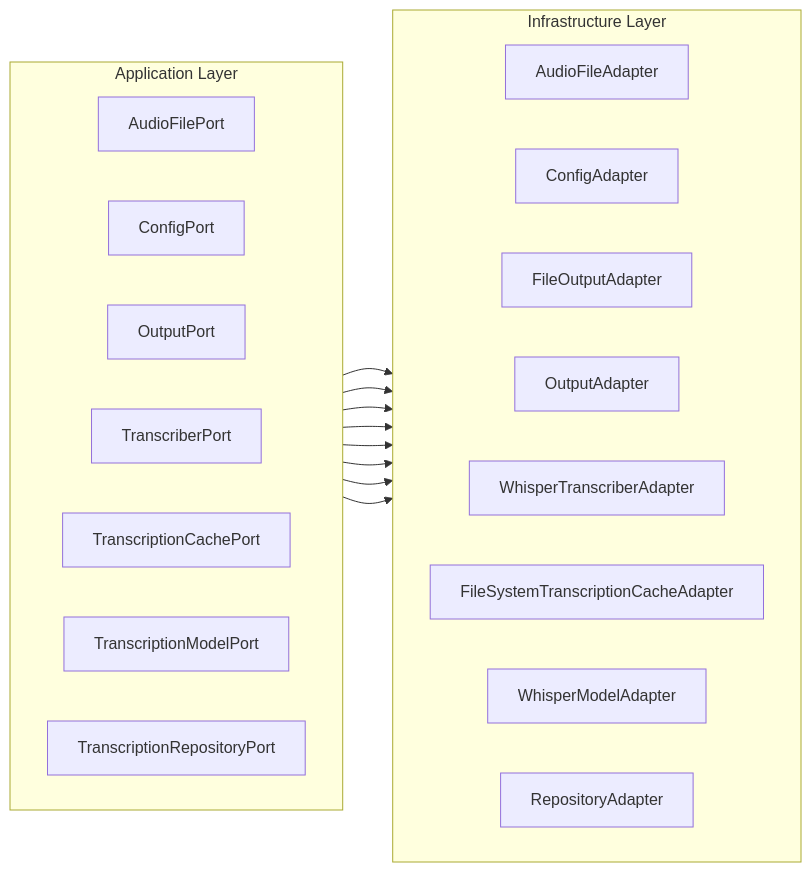
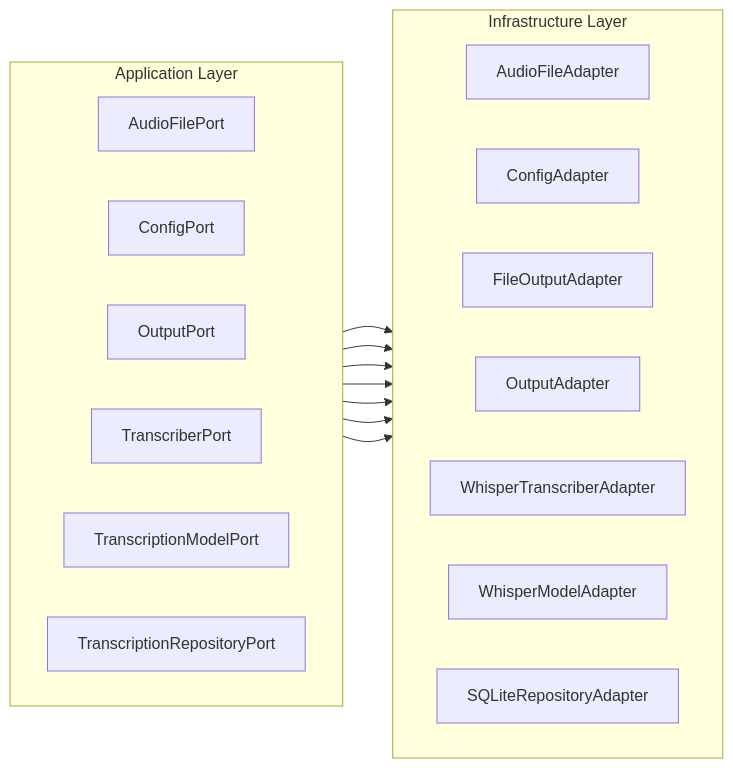
The diagram in docs/diagrams/ports_and_adapters.md (dudarev/speechdown), drawn with Mermaid before and after one commit.

Commit message:
refactor: Update ports and adapters diagram by removing unused ports and adapters

````diff
--- a/docs/diagrams/ports_and_adapters.md
+++ b/docs/diagrams/ports_and_adapters.md
@@ -5,34 +5,31 @@
 ```mermaid
 graph LR
     subgraph Application Layer
         direction LR
         P1[AudioFilePort]
         P2[ConfigPort]
         P3[OutputPort]
         P4[TranscriberPort]
-        P5[TranscriptionCachePort]
-        P6[TranscriptionModelPort]
-        P7[TranscriptionRepositoryPort]
+        P5[TranscriptionModelPort]
+        P6[TranscriptionRepositoryPort]
     end
 
     subgraph Infrastructure Layer
         direction LR
         A1[AudioFileAdapter]
         A2[ConfigAdapter]
         A3[FileOutputAdapter]
         A3b[OutputAdapter] 
         A4[WhisperTranscriberAdapter]
-        A5[FileSystemTranscriptionCacheAdapter]
-        A6[WhisperModelAdapter]
-        A7[RepositoryAdapter]
+        A5[WhisperModelAdapter]
+        A6[SQLiteRepositoryAdapter]
     end
 
     P1 --> A1
     P2 --> A2
     P3 --> A3
     P3 --> A3b
     P4 --> A4
     P5 --> A5
     P6 --> A6
-    P7 --> A7
 ```
````
